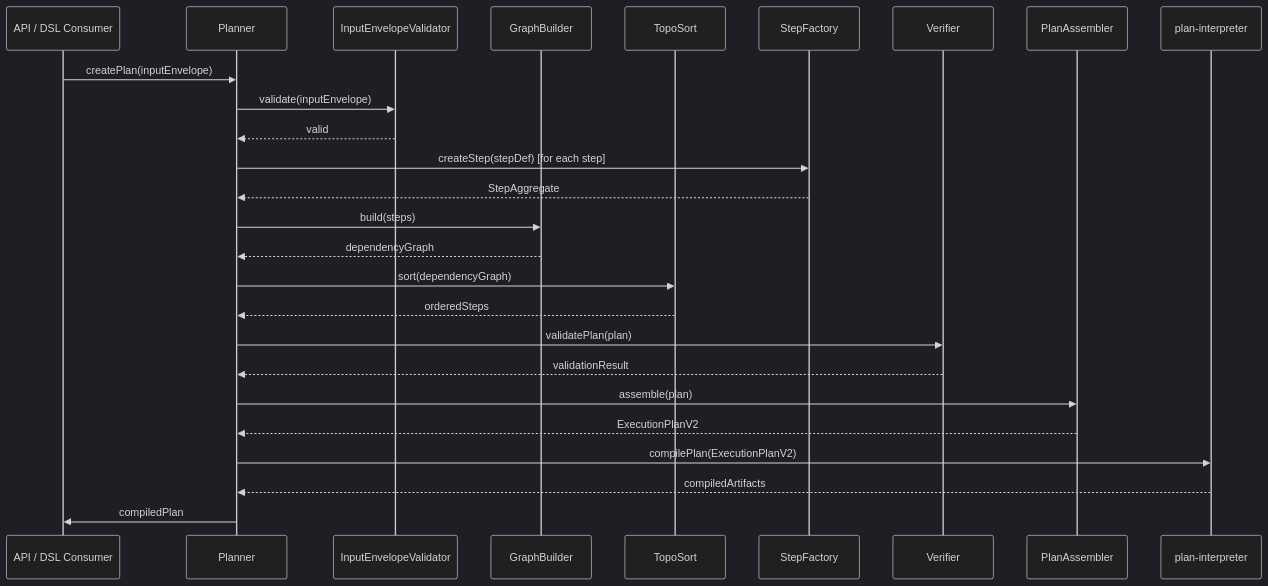
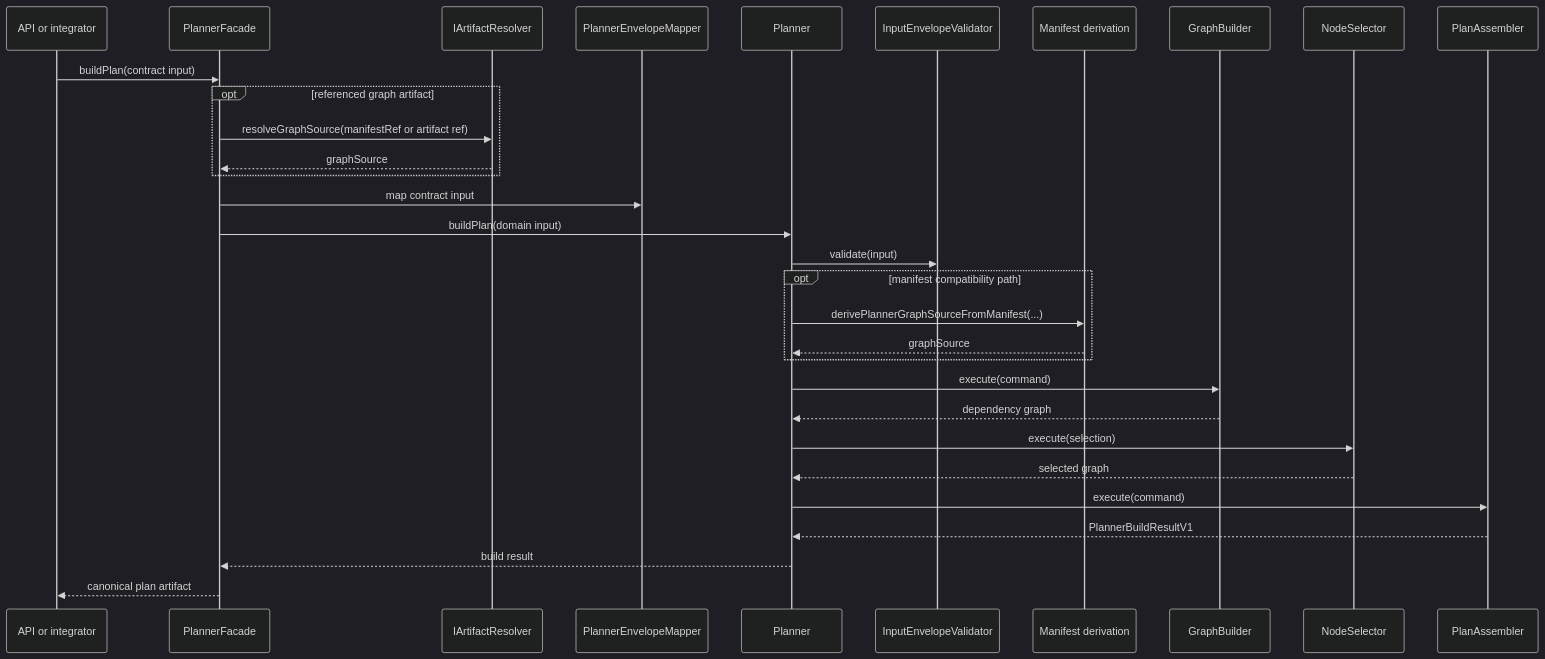
One commit to dunay2/dvt changed the diagram in docs/architecture/components/planner/planner-sequence.md. Above: the diagram before and after it, drawn with Mermaid (dark theme). The commit also changed other lines of this file and 157 other files, not shown here.

Commit message:
docs(docs): Reconcile documentation architecture surfaces

````diff
--- a/docs/architecture/components/planner/planner-sequence.md
+++ b/docs/architecture/components/planner/planner-sequence.md
@@ -12,35 +12,34 @@
 ```mermaid
 sequenceDiagram
-  participant Caller as API / DSL Consumer
+  participant Caller as API or integrator
+  participant Facade as PlannerFacade
+  participant Resolver as IArtifactResolver
+  participant Mapper as PlannerEnvelopeMapper
   participant Planner
-  participant InputEnvelopeValidator
-  participant GraphBuilder
-  participant TopoSort
-  participant StepFactory
-  participant Verifier
-  participant PlanAssembler
-  participant Interpreter as plan-interpreter
+  participant Validator as InputEnvelopeValidator
+  participant Deriver as Manifest derivation
+  participant Graph as GraphBuilder
+  participant Selector as NodeSelector
+  participant Assembler as PlanAssembler
 
-  Caller->>Planner: createPlan(inputEnvelope)
-  Planner->>InputEnvelopeValidator: validate(inputEnvelope)
-  InputEnvelopeValidator-->>Planner: valid
-
-  Planner->>StepFactory: createStep(stepDef) [for each step]
-  StepFactory-->>Planner: StepAggregate
-
-  Planner->>GraphBuilder: build(steps)
-  GraphBuilder-->>Planner: dependencyGraph
-
-  Planner->>TopoSort: sort(dependencyGraph)
-  TopoSort-->>Planner: orderedSteps
-
-  Planner->>Verifier: validatePlan(plan)
-  Verifier-->>Planner: validationResult
-
-  Planner->>PlanAssembler: assemble(plan)
-  PlanAssembler-->>Planner: ExecutionPlanV2
-
-  Planner->>Interpreter: compilePlan(ExecutionPlanV2)
-  Interpreter-->>Planner: compiledArtifacts
-  Planner->>Caller: compiledPlan
+  Caller->>Facade: buildPlan(contract input)
+  opt referenced graph artifact
+    Facade->>Resolver: resolveGraphSource(manifestRef or artifact ref)
+    Resolver-->>Facade: graphSource
+  end
+  Facade->>Mapper: map contract input
+  Facade->>Planner: buildPlan(domain input)
+  Planner->>Validator: validate(input)
+  opt manifest compatibility path
+    Planner->>Deriver: derivePlannerGraphSourceFromManifest(...)
+    Deriver-->>Planner: graphSource
+  end
+  Planner->>Graph: execute(command)
+  Graph-->>Planner: dependency graph
+  Planner->>Selector: execute(selection)
+  Selector-->>Planner: selected graph
+  Planner->>Assembler: execute(command)
+  Assembler-->>Planner: PlannerBuildResultV1
+  Planner-->>Facade: build result
+  Facade-->>Caller: canonical plan artifact
 ```
````
